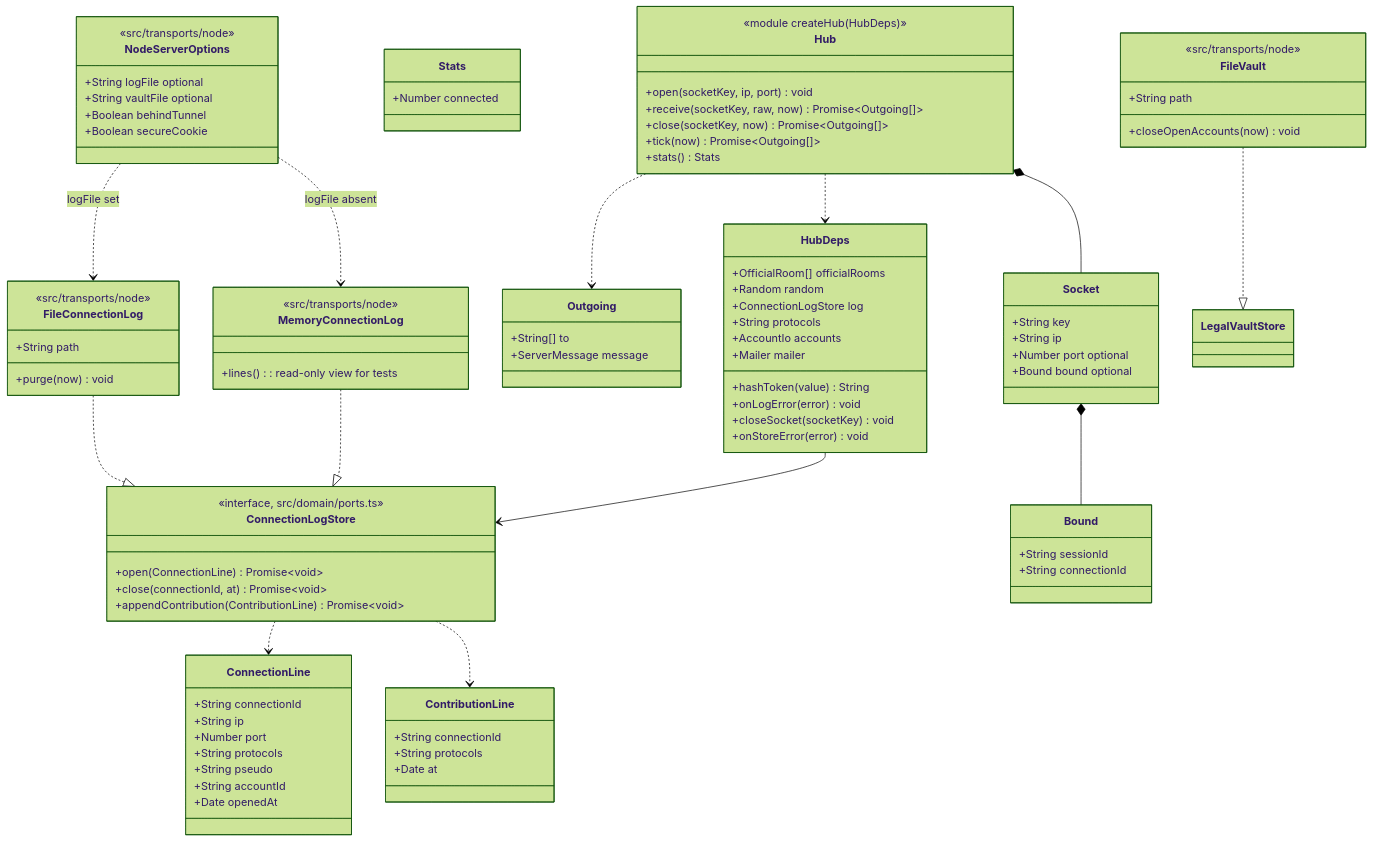
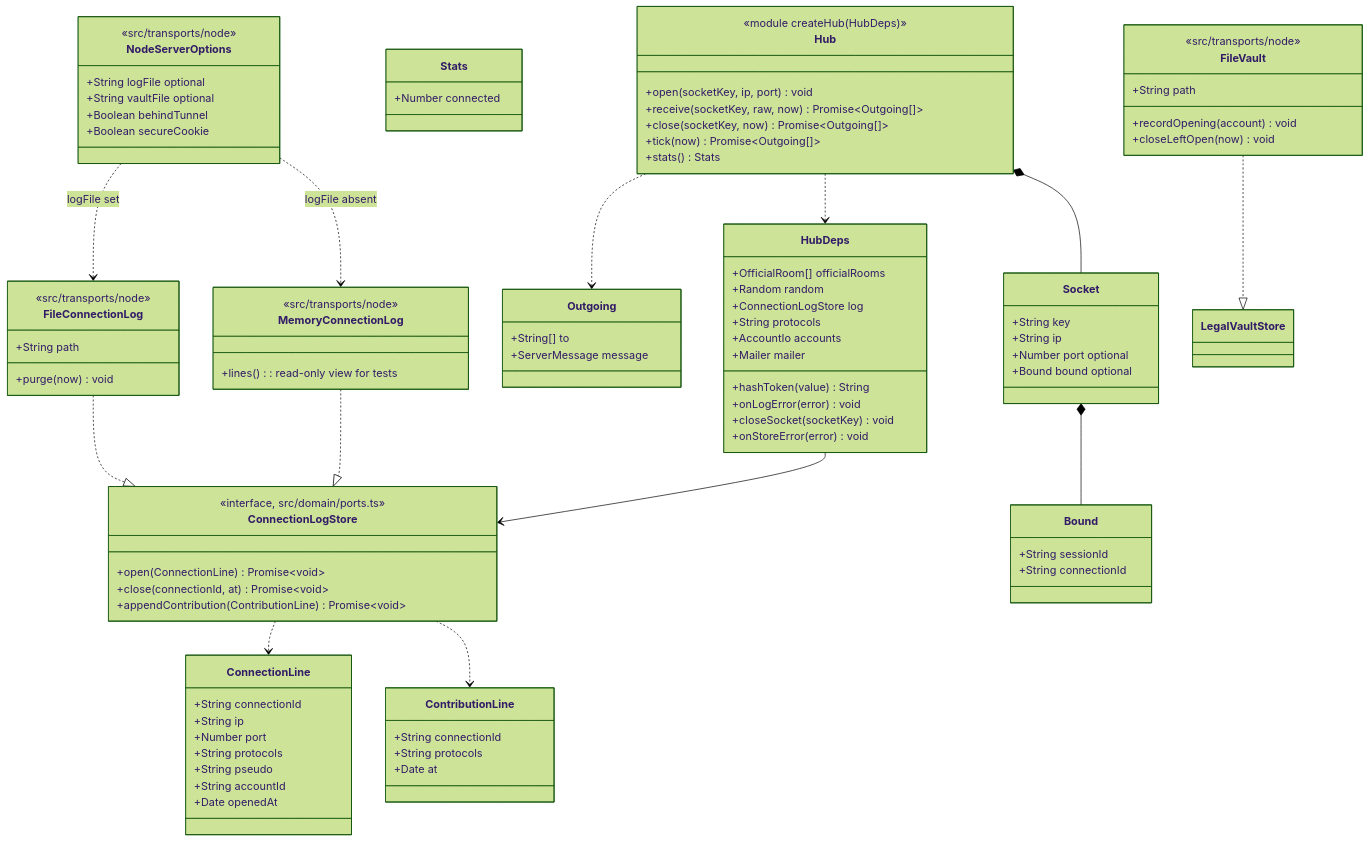
The first of 2 diagrams in docs/architecture/diagrams/platform/04c-class-server-hub.md (benoit-bremaud/asv), drawn with Mermaid (forest theme) before and after one commit. The commit also changed 4 other files, not shown here.

First line of the commit message:
docs(architecture): crash-safe vault records and plaintext contribution row (#54)

```diff
--- a/docs/architecture/diagrams/platform/04c-class-server-hub.md
+++ b/docs/architecture/diagrams/platform/04c-class-server-hub.md
@@ -95,7 +95,8 @@
   class FileVault {
     <<src/transports/node>>
     +String path
-    +closeOpenAccounts(now) void
+    +recordOpening(account) void
+    +closeLeftOpen(now) void
   }
   FileVault ..|> LegalVaultStore
   class NodeServerOptions {
```
